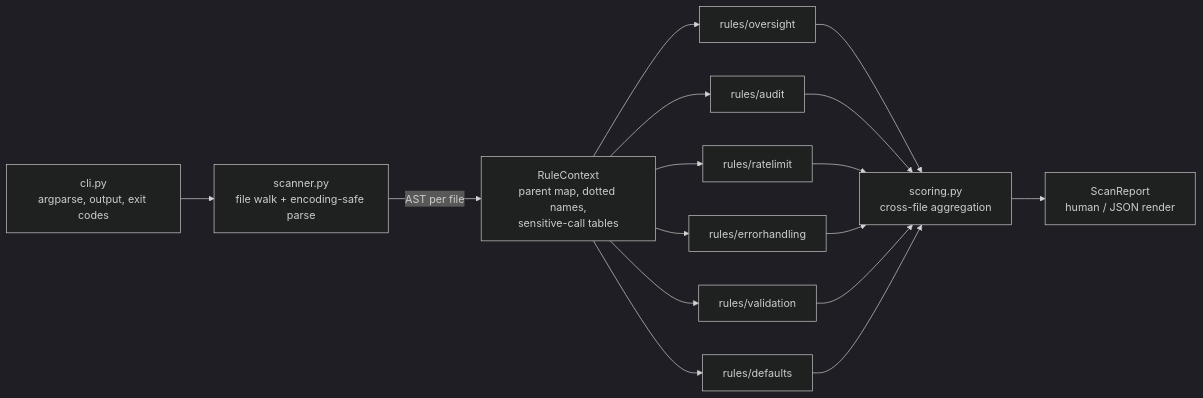
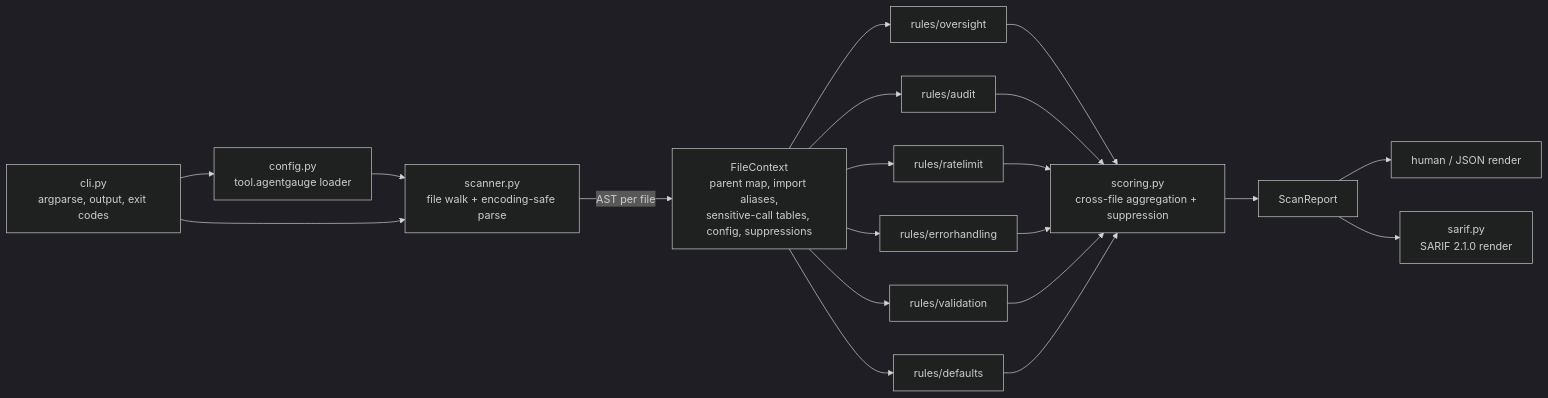
The diagram in README.md (PreethamNoelP/agentgauge), drawn with Mermaid (dark theme) before and after one commit. The commit also changed other lines of this file and 1 other file, not shown here.

First line of the commit message:
Document config, suppression, alias resolution, and SARIF output

````diff
--- a/README.md
+++ b/README.md
@@ -90,13 +92,17 @@
 ```mermaid
 flowchart LR
+    CFG[config.py<br/>tool.agentgauge loader] --> SC
     CLI[cli.py<br/>argparse, output, exit codes] --> SC[scanner.py<br/>file walk + encoding-safe parse]
-    SC -->|AST per file| CTX[RuleContext<br/>parent map, dotted names,<br/>sensitive-call tables]
+    CLI --> CFG
+    SC -->|AST per file| CTX[FileContext<br/>parent map, import aliases,<br/>sensitive-call tables, config, suppressions]
     CTX --> R1[rules/oversight]
     CTX --> R2[rules/audit]
     CTX --> R3[rules/ratelimit]
     CTX --> R4[rules/errorhandling]
     CTX --> R5[rules/validation]
     CTX --> R6[rules/defaults]
-    R1 & R2 & R3 & R4 & R5 & R6 --> AG[scoring.py<br/>cross-file aggregation]
-    AG --> REP[ScanReport<br/>human / JSON render]
+    R1 & R2 & R3 & R4 & R5 & R6 --> AG[scoring.py<br/>cross-file aggregation + suppression]
+    AG --> REP[ScanReport]
+    REP --> OUT1[human / JSON render]
+    REP --> OUT2[sarif.py<br/>SARIF 2.1.0 render]
 ```
````
